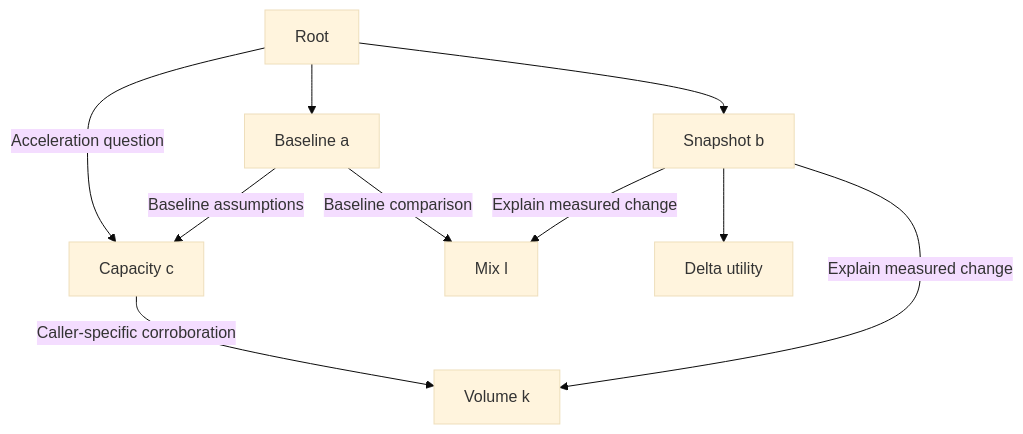
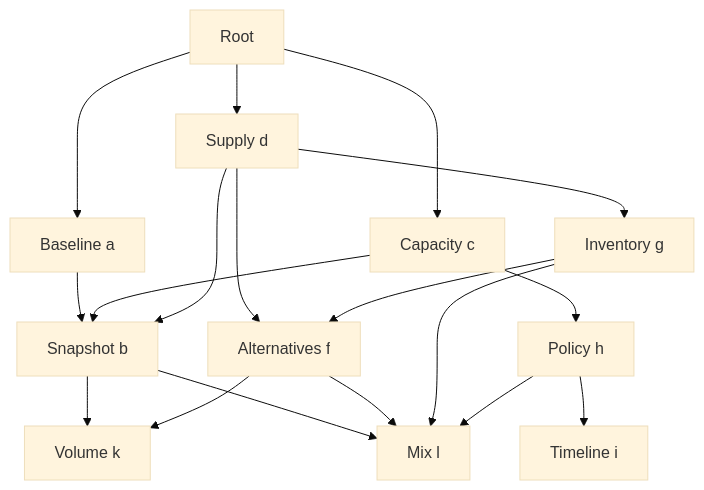
One commit to g-1f/harness changed the diagram in README.md. Above: the diagram before and after it, drawn with Mermaid (base theme). The commit also changed other lines of this file and 37 other files, not shown here.

First line of the commit message:
Coordinate shared node work across converging skill graphs

````diff
--- a/README.md
+++ b/README.md
@@ -33,12 +17,20 @@
 ```mermaid
 flowchart TD
     R[Root] --> A[Baseline a]
-    R --> B[Snapshot b]
-    R -->|Acceleration question| C[Capacity c]
-    A -->|Baseline assumptions| C
-    A -->|Baseline comparison| L[Mix l]
-    C -->|Caller-specific corroboration| K[Volume k]
-    B -->|Explain measured change| K
-    B -->|Explain measured change| L
-    B --> D[Delta utility]
+    R --> C[Capacity c]
+    R --> D[Supply d]
+    A --> B[Snapshot b]
+    C --> B
+    C --> H[Policy h]
+    D --> B
+    D --> F[Alternatives f]
+    D --> G[Inventory g]
+    G --> F
+    B --> K[Volume k]
+    B --> L[Mix l]
+    F --> K
+    F --> L
+    G --> L
+    H --> L
+    H --> I[Timeline i]
 ```
````
